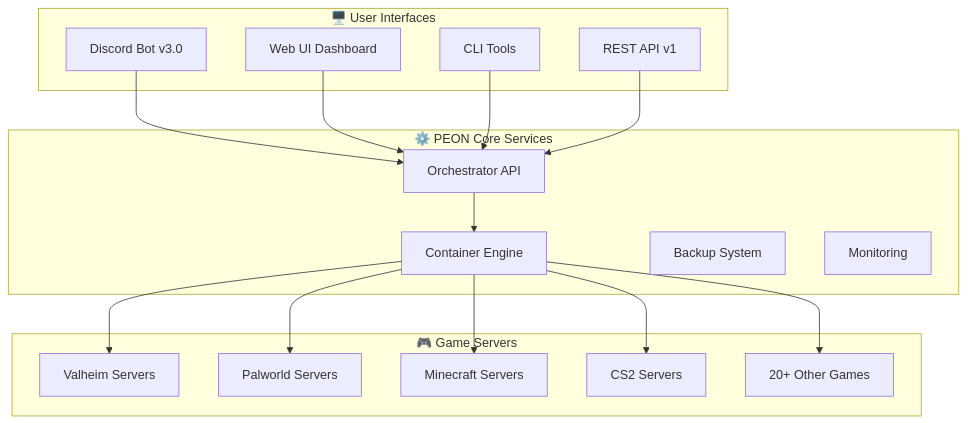
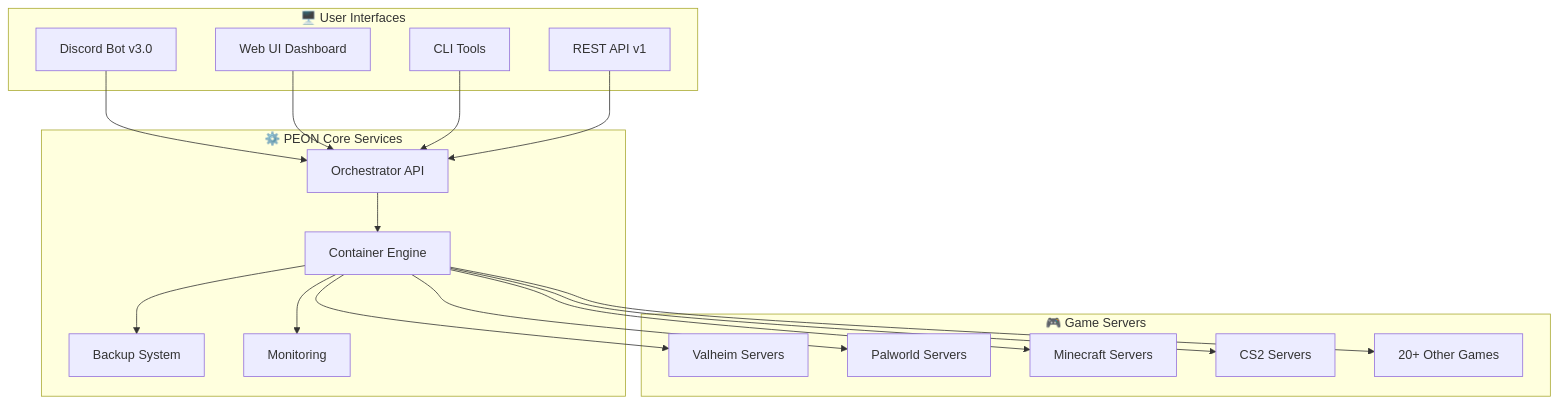
Before and after one commit to the-peon-project/peon: the diagram in docs/manual/docs/index.md, drawn with Mermaid. The commit also changed other lines of this file and 223 other files, not shown here.

````diff
--- a/docs/manual/docs/index.md
+++ b/docs/manual/docs/index.md
@@ -62,35 +62,37 @@
 ```mermaid
 graph TB
     subgraph "🖥️ User Interfaces"
         A[Discord Bot v3.0]
         B[Web UI Dashboard] 
         C[CLI Tools]
         D[REST API v1]
     end
     
     subgraph "⚙️ PEON Core Services"
         E[Orchestrator API]
         F[Container Engine]
         G[Backup System]
         H[Monitoring]
     end
     
     subgraph "🎮 Game Servers"
         I[Valheim Servers]
         J[Palworld Servers]
         K[Minecraft Servers]
         L[CS2 Servers]
         M[20+ Other Games]
     end
     
     A --> E
     B --> E
     C --> E
     D --> E
     E --> F
+    F --> G
+    F --> H
     F --> I
     F --> J  
     F --> K
     F --> L
     F --> M
 ```
````
